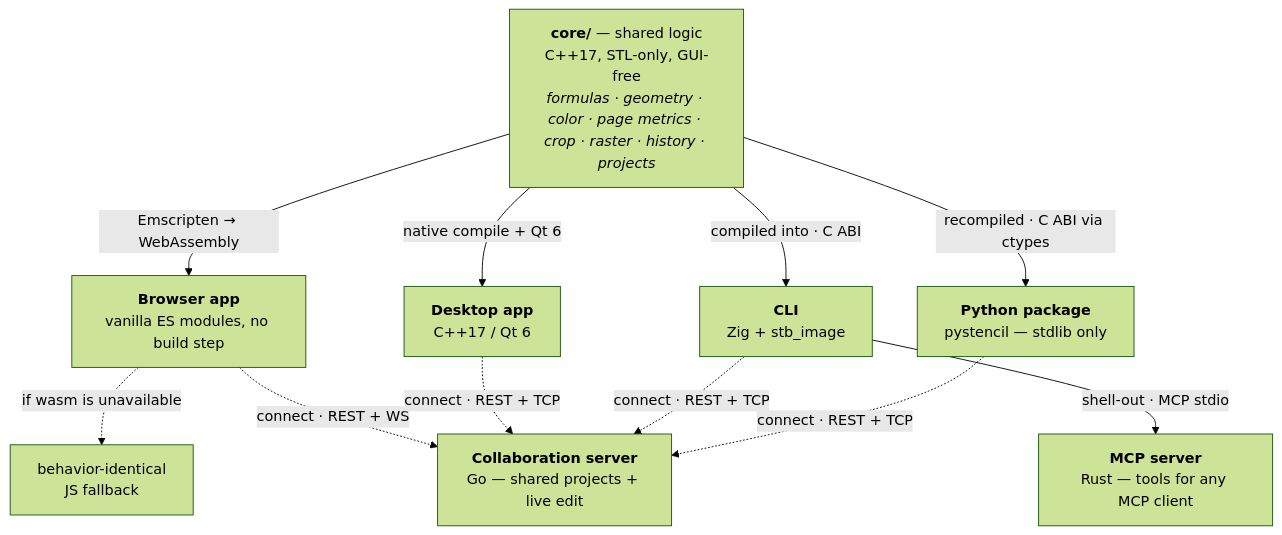
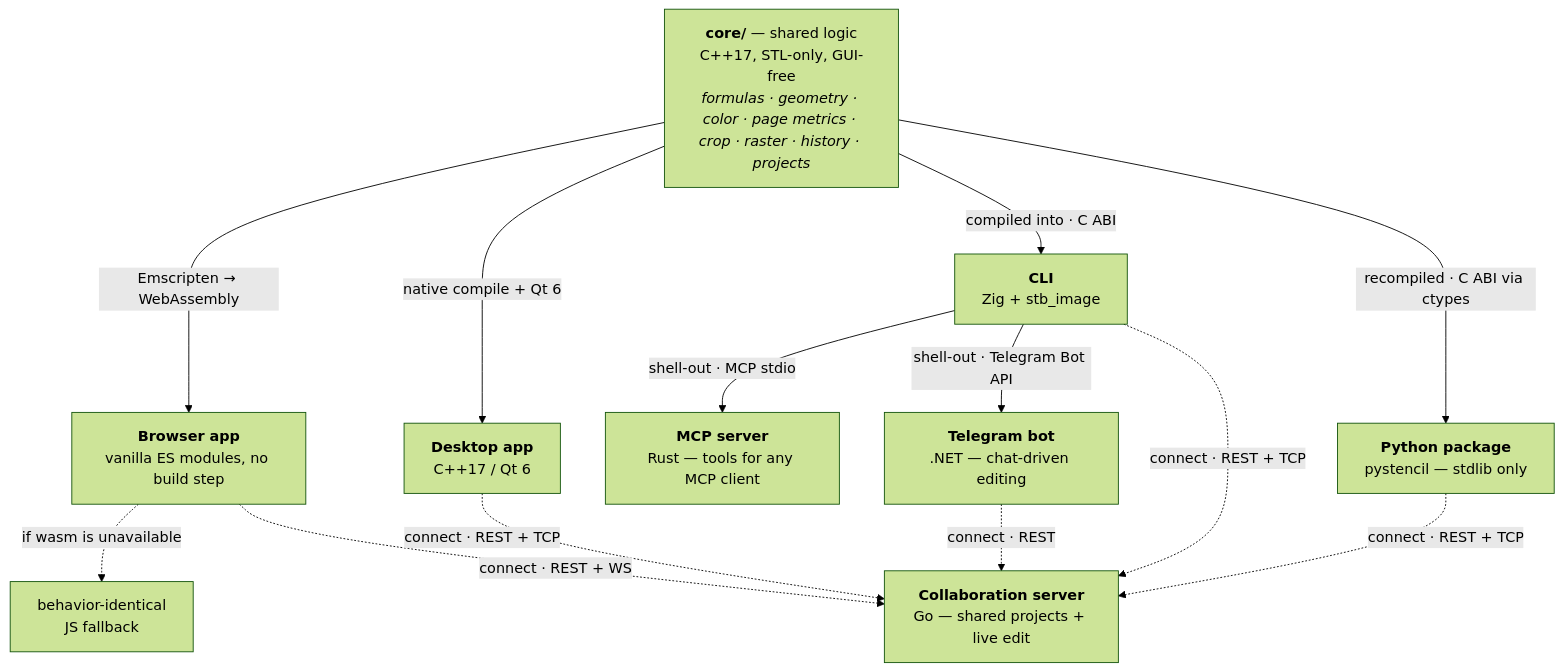
One commit to andrew1407/stencil changed the diagram in README.md. Above: the diagram before and after it, drawn with Mermaid (forest theme). The commit also changed other lines of this file and 90 other files, not shown here.

Commit message:
Add a .NET Telegram bot (bot/) that wraps the CLI and server REST behind a chat UI, and wire it into the README, CLAUDE.md, CI, and ignore files

````diff
--- a/README.md
+++ b/README.md
@@ -31,14 +32,16 @@
 ```mermaid
 graph TD
     CORE["<b>core/</b> — shared logic<br/>C++17, STL-only, GUI-free<br/><i>formulas · geometry · color · page metrics · crop · raster · history · projects</i>"]
     CORE -->|"Emscripten → WebAssembly"| WEB["<b>Browser app</b><br/>vanilla ES modules, no build step"]
     CORE -->|"native compile + Qt 6"| DESK["<b>Desktop app</b><br/>C++17 / Qt 6"]
     CORE -->|"compiled into · C ABI"| CLI["<b>CLI</b><br/>Zig + stb_image"]
     CORE -->|"recompiled · C ABI via ctypes"| PY["<b>Python package</b><br/>pystencil — stdlib only"]
     WEB -.->|"if wasm is unavailable"| FB["behavior-identical<br/>JS fallback"]
     CLI -->|"shell-out · MCP stdio"| MCP["<b>MCP server</b><br/>Rust — tools for any MCP client"]
+    CLI -->|"shell-out · Telegram Bot API"| BOT["<b>Telegram bot</b><br/>.NET — chat-driven editing"]
     WEB -.->|"connect · REST + WS"| SRV["<b>Collaboration server</b><br/>Go — shared projects + live edit"]
     DESK -.->|"connect · REST + TCP"| SRV
     CLI -.->|"connect · REST + TCP"| SRV
     PY -.->|"connect · REST + TCP"| SRV
+    BOT -.->|"connect · REST"| SRV
 ```
````
